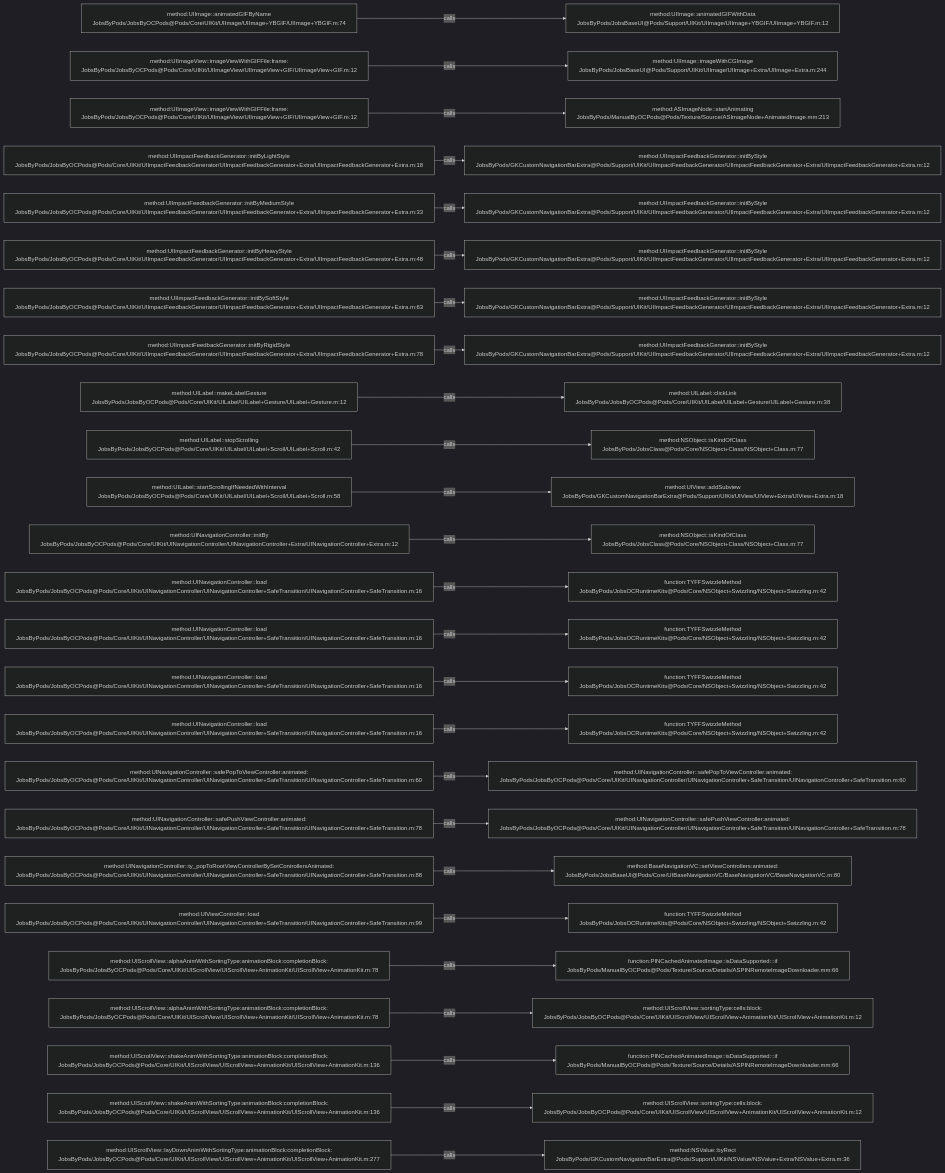
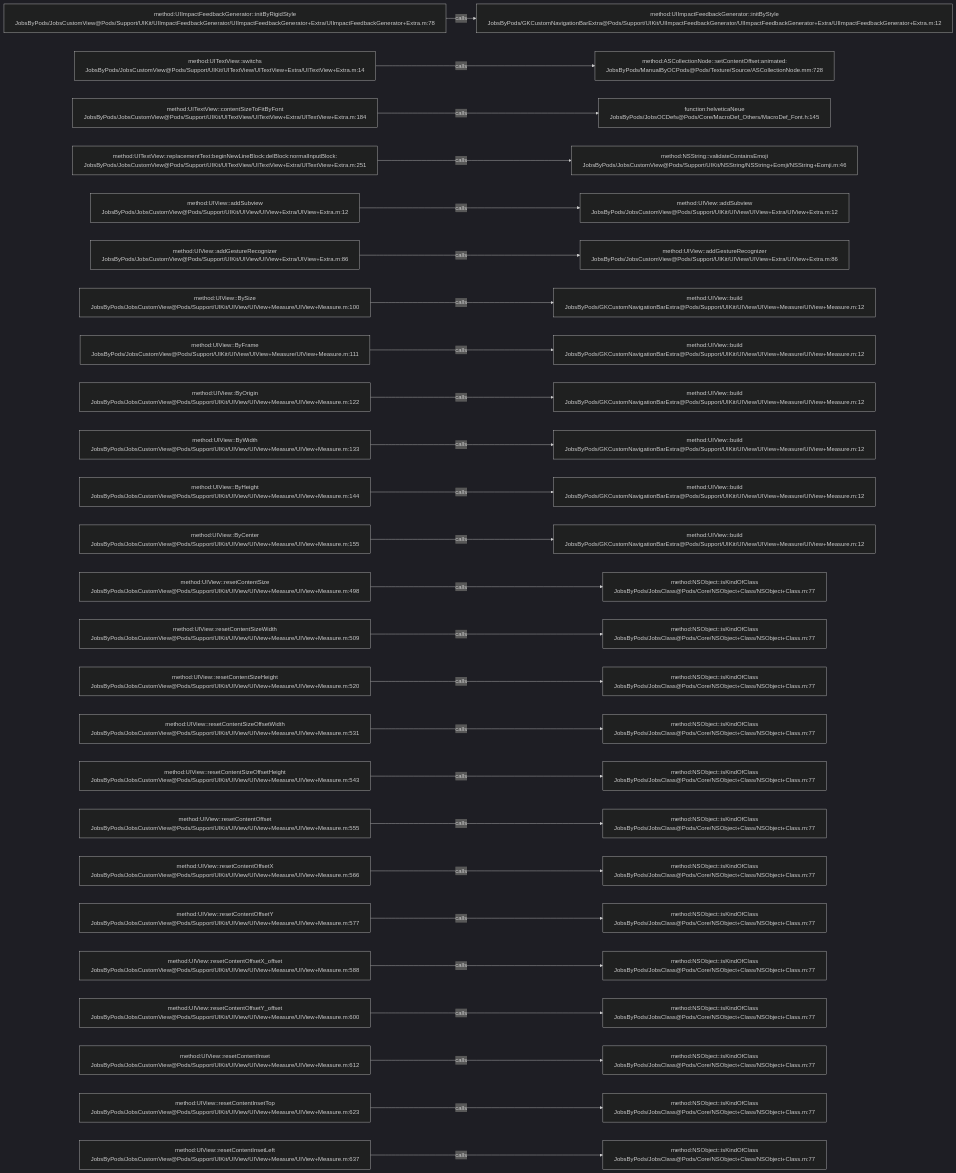
The diagram in .codegraph/codegraph.md/graphs/calls-059.md (JobsKits/JobsOCBaseConfigDemo), drawn with Mermaid (dark theme) before and after one commit. The commit also changed 573 other files, not shown here.

````diff
--- a/.codegraph/codegraph.md/graphs/calls-059.md
+++ b/.codegraph/codegraph.md/graphs/calls-059.md
@@ -13,78 +13,78 @@
 ```mermaid
 flowchart LR
-  S1["method:UIImage::animatedGIFByName<br/>JobsByPods/JobsByOCPods@Pods/Core/UIKit/UIImage/UIImage+YBGIF/UIImage+YBGIF.m:74"]
-  T1["method:UIImage::animatedGIFWithData<br/>JobsByPods/JobsBaseUI@Pods/Support/UIKit/UIImage/UIImage+YBGIF/UIImage+YBGIF.m:12"]
+  S1["method:UIImpactFeedbackGenerator::initByRigidStyle<br/>JobsByPods/JobsCustomView@Pods/Support/UIKit/UIImpactFeedbackGenerator/UIImpactFeedbackGenerator+Extra/UIImpactFeedbackGenerator+Extra.m:78"]
+  T1["method:UIImpactFeedbackGenerator::initByStyle<br/>JobsByPods/GKCustomNavigationBarExtra@Pods/Support/UIKit/UIImpactFeedbackGenerator/UIImpactFeedbackGenerator+Extra/UIImpactFeedbackGenerator+Extra.m:12"]
   S1 -->|calls| T1
-  S2["method:UIImageView::imageViewWithGIFFile:frame:<br/>JobsByPods/JobsByOCPods@Pods/Core/UIKit/UIImageView/UIImageView+GIF/UIImageView+GIF.m:12"]
-  T2["method:UIImage::imageWithCGImage<br/>JobsByPods/JobsBaseUI@Pods/Support/UIKit/UIImage/UIImage+Extra/UIImage+Extra.m:244"]
+  S2["method:UITextView::switchs<br/>JobsByPods/JobsCustomView@Pods/Support/UIKit/UITextView/UITextView+Extra/UITextView+Extra.m:14"]
+  T2["method:ASCollectionNode::setContentOffset:animated:<br/>JobsByPods/ManualByOCPods@Pods/Texture/Source/ASCollectionNode.mm:728"]
   S2 -->|calls| T2
-  S3["method:UIImageView::imageViewWithGIFFile:frame:<br/>JobsByPods/JobsByOCPods@Pods/Core/UIKit/UIImageView/UIImageView+GIF/UIImageView+GIF.m:12"]
-  T3["method:ASImageNode::startAnimating<br/>JobsByPods/ManualByOCPods@Pods/Texture/Source/ASImageNode+AnimatedImage.mm:213"]
+  S3["method:UITextView::contentSizeToFitByFont<br/>JobsByPods/JobsCustomView@Pods/Support/UIKit/UITextView/UITextView+Extra/UITextView+Extra.m:184"]
+  T3["function:helveticaNeue<br/>JobsByPods/JobsOCDefs@Pods/Core/MacroDef_Others/MacroDef_Font.h:145"]
   S3 -->|calls| T3
-  S4["method:UIImpactFeedbackGenerator::initByLightStyle<br/>JobsByPods/JobsByOCPods@Pods/Core/UIKit/UIImpactFeedbackGenerator/UIImpactFeedbackGenerator+Extra/UIImpactFeedbackGenerator+Extra.m:18"]
-  T4["method:UIImpactFeedbackGenerator::initByStyle<br/>JobsByPods/GKCustomNavigationBarExtra@Pods/Support/UIKit/UIImpactFeedbackGenerator/UIImpactFeedbackGenerator+Extra/UIImpactFeedbackGenerator+Extra.m:12"]
+  S4["method:UITextView::replacementText:beginNewLineBlock:delBlock:normalInputBlock:<br/>JobsByPods/JobsCustomView@Pods/Support/UIKit/UITextView/UITextView+Extra/UITextView+Extra.m:251"]
+  T4["method:NSString::validateContainsEmoji<br/>JobsByPods/JobsCustomView@Pods/Support/UIKit/NSString/NSString+Eomji/NSString+Eomji.m:46"]
   S4 -->|calls| T4
-  S5["method:UIImpactFeedbackGenerator::initByMediumStyle<br/>JobsByPods/JobsByOCPods@Pods/Core/UIKit/UIImpactFeedbackGenerator/UIImpactFeedbackGenerator+Extra/UIImpactFeedbackGenerator+Extra.m:33"]
-  T5["method:UIImpactFeedbackGenerator::initByStyle<br/>JobsByPods/GKCustomNavigationBarExtra@Pods/Support/UIKit/UIImpactFeedbackGenerator/UIImpactFeedbackGenerator+Extra/UIImpactFeedbackGenerator+Extra.m:12"]
+  S5["method:UIView::addSubview<br/>JobsByPods/JobsCustomView@Pods/Support/UIKit/UIView/UIView+Extra/UIView+Extra.m:12"]
+  T5["method:UIView::addSubview<br/>JobsByPods/JobsCustomView@Pods/Support/UIKit/UIView/UIView+Extra/UIView+Extra.m:12"]
   S5 -->|calls| T5
-  S6["method:UIImpactFeedbackGenerator::initByHeavyStyle<br/>JobsByPods/JobsByOCPods@Pods/Core/UIKit/UIImpactFeedbackGenerator/UIImpactFeedbackGenerator+Extra/UIImpactFeedbackGenerator+Extra.m:48"]
-  T6["method:UIImpactFeedbackGenerator::initByStyle<br/>JobsByPods/GKCustomNavigationBarExtra@Pods/Support/UIKit/UIImpactFeedbackGenerator/UIImpactFeedbackGenerator+Extra/UIImpactFeedbackGenerator+Extra.m:12"]
+  S6["method:UIView::addGestureRecognizer<br/>JobsByPods/JobsCustomView@Pods/Support/UIKit/UIView/UIView+Extra/UIView+Extra.m:86"]
+  T6["method:UIView::addGestureRecognizer<br/>JobsByPods/JobsCustomView@Pods/Support/UIKit/UIView/UIView+Extra/UIView+Extra.m:86"]
   S6 -->|calls| T6
-  S7["method:UIImpactFeedbackGenerator::initBySoftStyle<br/>JobsByPods/JobsByOCPods@Pods/Core/UIKit/UIImpactFeedbackGenerator/UIImpactFeedbackGenerator+Extra/UIImpactFeedbackGenerator+Extra.m:63"]
-  T7["method:UIImpactFeedbackGenerator::initByStyle<br/>JobsByPods/GKCustomNavigationBarExtra@Pods/Support/UIKit/UIImpactFeedbackGenerator/UIImpactFeedbackGenerator+Extra/UIImpactFeedbackGenerator+Extra.m:12"]
+  S7["method:UIView::BySize<br/>JobsByPods/JobsCustomView@Pods/Support/UIKit/UIView/UIView+Measure/UIView+Measure.m:100"]
+  T7["method:UIView::build<br/>JobsByPods/GKCustomNavigationBarExtra@Pods/Support/UIKit/UIView/UIView+Measure/UIView+Measure.m:12"]
   S7 -->|calls| T7
-  S8["method:UIImpactFeedbackGenerator::initByRigidStyle<br/>JobsByPods/JobsByOCPods@Pods/Core/UIKit/UIImpactFeedbackGenerator/UIImpactFeedbackGenerator+Extra/UIImpactFeedbackGenerator+Extra.m:78"]
-  T8["method:UIImpactFeedbackGenerator::initByStyle<br/>JobsByPods/GKCustomNavigationBarExtra@Pods/Support/UIKit/UIImpactFeedbackGenerator/UIImpactFeedbackGenerator+Extra/UIImpactFeedbackGenerator+Extra.m:12"]
+  S8["method:UIView::ByFrame<br/>JobsByPods/JobsCustomView@Pods/Support/UIKit/UIView/UIView+Measure/UIView+Measure.m:111"]
+  T8["method:UIView::build<br/>JobsByPods/GKCustomNavigationBarExtra@Pods/Support/UIKit/UIView/UIView+Measure/UIView+Measure.m:12"]
   S8 -->|calls| T8
-  S9["method:UILabel::makeLabelGesture<br/>JobsByPods/JobsByOCPods@Pods/Core/UIKit/UILabel/UILabel+Gesture/UILabel+Gesture.m:12"]
-  T9["method:UILabel::clickLink<br/>JobsByPods/JobsByOCPods@Pods/Core/UIKit/UILabel/UILabel+Gesture/UILabel+Gesture.m:38"]
+  S9["method:UIView::ByOrigin<br/>JobsByPods/JobsCustomView@Pods/Support/UIKit/UIView/UIView+Measure/UIView+Measure.m:122"]
+  T9["method:UIView::build<br/>JobsByPods/GKCustomNavigationBarExtra@Pods/Support/UIKit/UIView/UIView+Measure/UIView+Measure.m:12"]
   S9 -->|calls| T9
-  S10["method:UILabel::stopScrolling<br/>JobsByPods/JobsByOCPods@Pods/Core/UIKit/UILabel/UILabel+Scroll/UILabel+Scroll.m:42"]
-  T10["method:NSObject::isKindOfClass<br/>JobsByPods/JobsClass@Pods/Core/NSObject+Class/NSObject+Class.m:77"]
+  S10["method:UIView::ByWidth<br/>JobsByPods/JobsCustomView@Pods/Support/UIKit/UIView/UIView+Measure/UIView+Measure.m:133"]
+  T10["method:UIView::build<br/>JobsByPods/GKCustomNavigationBarExtra@Pods/Support/UIKit/UIView/UIView+Measure/UIView+Measure.m:12"]
   S10 -->|calls| T10
-  S11["method:UILabel::startScrollingIfNeededWithInterval<br/>JobsByPods/JobsByOCPods@Pods/Core/UIKit/UILabel/UILabel+Scroll/UILabel+Scroll.m:58"]
-  T11["method:UIView::addSubview<br/>JobsByPods/GKCustomNavigationBarExtra@Pods/Support/UIKit/UIView/UIView+Extra/UIView+Extra.m:18"]
+  S11["method:UIView::ByHeight<br/>JobsByPods/JobsCustomView@Pods/Support/UIKit/UIView/UIView+Measure/UIView+Measure.m:144"]
+  T11["method:UIView::build<br/>JobsByPods/GKCustomNavigationBarExtra@Pods/Support/UIKit/UIView/UIView+Measure/UIView+Measure.m:12"]
   S11 -->|calls| T11
-  S12["method:UINavigationController::initBy<br/>JobsByPods/JobsByOCPods@Pods/Core/UIKit/UINavigationController/UINavigationController+Extra/UINavigationController+Extra.m:12"]
-  T12["method:NSObject::isKindOfClass<br/>JobsByPods/JobsClass@Pods/Core/NSObject+Class/NSObject+Class.m:77"]
+  S12["method:UIView::ByCenter<br/>JobsByPods/JobsCustomView@Pods/Support/UIKit/UIView/UIView+Measure/UIView+Measure.m:155"]
+  T12["method:UIView::build<br/>JobsByPods/GKCustomNavigationBarExtra@Pods/Support/UIKit/UIView/UIView+Measure/UIView+Measure.m:12"]
   S12 -->|calls| T12
-  S13["method:UINavigationController::load<br/>JobsByPods/JobsByOCPods@Pods/Core/UIKit/UINavigationController/UINavigationController+SafeTransition/UINavigationController+SafeTransition.m:16"]
-  T13["function:TYFFSwizzleMethod<br/>JobsByPods/JobsOCRuntimeKits@Pods/Core/NSObject+Swizzling/NSObject+Swizzling.m:42"]
+  S13["method:UIView::resetContentSize<br/>JobsByPods/JobsCustomView@Pods/Support/UIKit/UIView/UIView+Measure/UIView+Measure.m:498"]
+  T13["method:NSObject::isKindOfClass<br/>JobsByPods/JobsClass@Pods/Core/NSObject+Class/NSObject+Class.m:77"]
   S13 -->|calls| T13
-  S14["method:UINavigationController::load<br/>JobsByPods/JobsByOCPods@Pods/Core/UIKit/UINavigationController/UINavigationController+SafeTransition/UINavigationController+SafeTransition.m:16"]
-  T14["function:TYFFSwizzleMethod<br/>JobsByPods/JobsOCRuntimeKits@Pods/Core/NSObject+Swizzling/NSObject+Swizzling.m:42"]
+  S14["method:UIView::resetContentSizeWidth<br/>JobsByPods/JobsCustomView@Pods/Support/UIKit/UIView/UIView+Measure/UIView+Measure.m:509"]
+  T14["method:NSObject::isKindOfClass<br/>JobsByPods/JobsClass@Pods/Core/NSObject+Class/NSObject+Class.m:77"]
   S14 -->|calls| T14
-  S15["method:UINavigationController::load<br/>JobsByPods/JobsByOCPods@Pods/Core/UIKit/UINavigationController/UINavigationController+SafeTransition/UINavigationController+SafeTransition.m:16"]
-  T15["function:TYFFSwizzleMethod<br/>JobsByPods/JobsOCRuntimeKits@Pods/Core/NSObject+Swizzling/NSObject+Swizzling.m:42"]
+  S15["method:UIView::resetContentSizeHeight<br/>JobsByPods/JobsCustomView@Pods/Support/UIKit/UIView/UIView+Measure/UIView+Measure.m:520"]
+  T15["method:NSObject::isKindOfClass<br/>JobsByPods/JobsClass@Pods/Core/NSObject+Class/NSObject+Class.m:77"]
   S15 -->|calls| T15
-  S16["method:UINavigationController::load<br/>JobsByPods/JobsByOCPods@Pods/Core/UIKit/UINavigationController/UINavigationController+SafeTransition/UINavigationController+SafeTransition.m:16"]
-  T16["function:TYFFSwizzleMethod<br/>JobsByPods/JobsOCRuntimeKits@Pods/Core/NSObject+Swizzling/NSObject+Swizzling.m:42"]
+  S16["method:UIView::resetContentSizeOffsetWidth<br/>JobsByPods/JobsCustomView@Pods/Support/UIKit/UIView/UIView+Measure/UIView+Measure.m:531"]
+  T16["method:NSObject::isKindOfClass<br/>JobsByPods/JobsClass@Pods/Core/NSObject+Class/NSObject+Class.m:77"]
   S16 -->|calls| T16
-  S17["method:UINavigationController::safePopToViewController:animated:<br/>JobsByPods/JobsByOCPods@Pods/Core/UIKit/UINavigationController/UINavigationController+SafeTransition/UINavigationController+SafeTransition.m:60"]
-  T17["method:UINavigationController::safePopToViewController:animated:<br/>JobsByPods/JobsByOCPods@Pods/Core/UIKit/UINavigationController/UINavigationController+SafeTransition/UINavigationController+SafeTransition.m:60"]
+  S17["method:UIView::resetContentSizeOffsetHeight<br/>JobsByPods/JobsCustomView@Pods/Support/UIKit/UIView/UIView+Measure/UIView+Measure.m:543"]
+  T17["method:NSObject::isKindOfClass<br/>JobsByPods/JobsClass@Pods/Core/NSObject+Class/NSObject+Class.m:77"]
   S17 -->|calls| T17
-  S18["method:UINavigationController::safePushViewController:animated:<br/>JobsByPods/JobsByOCPods@Pods/Core/UIKit/UINavigationController/UINavigationController+SafeTransition/UINavigationController+SafeTransition.m:78"]
-  T18["method:UINavigationController::safePushViewController:animated:<br/>JobsByPods/JobsByOCPods@Pods/Core/UIKit/UINavigationController/UINavigationController+SafeTransition/UINavigationController+SafeTransition.m:78"]
+  S18["method:UIView::resetContentOffset<br/>JobsByPods/JobsCustomView@Pods/Support/UIKit/UIView/UIView+Measure/UIView+Measure.m:555"]
+  T18["method:NSObject::isKindOfClass<br/>JobsByPods/JobsClass@Pods/Core/NSObject+Class/NSObject+Class.m:77"]
   S18 -->|calls| T18
-  S19["method:UINavigationController::ty_popToRootViewControllerBySetControllersAnimated:<br/>JobsByPods/JobsByOCPods@Pods/Core/UIKit/UINavigationController/UINavigationController+SafeTransition/UINavigationController+SafeTransition.m:88"]
-  T19["method:BaseNavigationVC::setViewControllers:animated:<br/>JobsByPods/JobsBaseUI@Pods/Core/UIBaseNavigationVC/BaseNavigationVC/BaseNavigationVC.m:80"]
+  S19["method:UIView::resetContentOffsetX<br/>JobsByPods/JobsCustomView@Pods/Support/UIKit/UIView/UIView+Measure/UIView+Measure.m:566"]
+  T19["method:NSObject::isKindOfClass<br/>JobsByPods/JobsClass@Pods/Core/NSObject+Class/NSObject+Class.m:77"]
   S19 -->|calls| T19
-  S20["method:UIViewController::load<br/>JobsByPods/JobsByOCPods@Pods/Core/UIKit/UINavigationController/UINavigationController+SafeTransition/UINavigationController+SafeTransition.m:99"]
-  T20["function:TYFFSwizzleMethod<br/>JobsByPods/JobsOCRuntimeKits@Pods/Core/NSObject+Swizzling/NSObject+Swizzling.m:42"]
+  S20["method:UIView::resetContentOffsetY<br/>JobsByPods/JobsCustomView@Pods/Support/UIKit/UIView/UIView+Measure/UIView+Measure.m:577"]
+  T20["method:NSObject::isKindOfClass<br/>JobsByPods/JobsClass@Pods/Core/NSObject+Class/NSObject+Class.m:77"]
   S20 -->|calls| T20
-  S21["method:UIScrollView::alphaAnimWithSortingType:animationBlock:completionBlock:<br/>JobsByPods/JobsByOCPods@Pods/Core/UIKit/UIScrollView/UIScrollView+AnimationKit/UIScrollView+AnimationKit.m:78"]
-  T21["function:PINCachedAnimatedImage::isDataSupported:::if<br/>JobsByPods/ManualByOCPods@Pods/Texture/Source/Details/ASPINRemoteImageDownloader.mm:66"]
+  S21["method:UIView::resetContentOffsetX_offset<br/>JobsByPods/JobsCustomView@Pods/Support/UIKit/UIView/UIView+Measure/UIView+Measure.m:588"]
+  T21["method:NSObject::isKindOfClass<br/>JobsByPods/JobsClass@Pods/Core/NSObject+Class/NSObject+Class.m:77"]
   S21 -->|calls| T21
-  S22["method:UIScrollView::alphaAnimWithSortingType:animationBlock:completionBlock:<br/>JobsByPods/JobsByOCPods@Pods/Core/UIKit/UIScrollView/UIScrollView+AnimationKit/UIScrollView+AnimationKit.m:78"]
-  T22["method:UIScrollView::sortingType:cells:block:<br/>JobsByPods/JobsByOCPods@Pods/Core/UIKit/UIScrollView/UIScrollView+AnimationKit/UIScrollView+AnimationKit.m:12"]
+  S22["method:UIView::resetContentOffsetY_offset<br/>JobsByPods/JobsCustomView@Pods/Support/UIKit/UIView/UIView+Measure/UIView+Measure.m:600"]
+  T22["method:NSObject::isKindOfClass<br/>JobsByPods/JobsClass@Pods/Core/NSObject+Class/NSObject+Class.m:77"]
   S22 -->|calls| T22
-  S23["method:UIScrollView::shakeAnimWithSortingType:animationBlock:completionBlock:<br/>JobsByPods/JobsByOCPods@Pods/Core/UIKit/UIScrollView/UIScrollView+AnimationKit/UIScrollView+AnimationKit.m:136"]
-  T23["function:PINCachedAnimatedImage::isDataSupported:::if<br/>JobsByPods/ManualByOCPods@Pods/Texture/Source/Details/ASPINRemoteImageDownloader.mm:66"]
+  S23["method:UIView::resetContentInset<br/>JobsByPods/JobsCustomView@Pods/Support/UIKit/UIView/UIView+Measure/UIView+Measure.m:612"]
+  T23["method:NSObject::isKindOfClass<br/>JobsByPods/JobsClass@Pods/Core/NSObject+Class/NSObject+Class.m:77"]
   S23 -->|calls| T23
-  S24["method:UIScrollView::shakeAnimWithSortingType:animationBlock:completionBlock:<br/>JobsByPods/JobsByOCPods@Pods/Core/UIKit/UIScrollView/UIScrollView+AnimationKit/UIScrollView+AnimationKit.m:136"]
-  T24["method:UIScrollView::sortingType:cells:block:<br/>JobsByPods/JobsByOCPods@Pods/Core/UIKit/UIScrollView/UIScrollView+AnimationKit/UIScrollView+AnimationKit.m:12"]
+  S24["method:UIView::resetContentInsetTop<br/>JobsByPods/JobsCustomView@Pods/Support/UIKit/UIView/UIView+Measure/UIView+Measure.m:623"]
+  T24["method:NSObject::isKindOfClass<br/>JobsByPods/JobsClass@Pods/Core/NSObject+Class/NSObject+Class.m:77"]
   S24 -->|calls| T24
-  S25["method:UIScrollView::layDownAnimWithSortingType:animationBlock:completionBlock:<br/>JobsByPods/JobsByOCPods@Pods/Core/UIKit/UIScrollView/UIScrollView+AnimationKit/UIScrollView+AnimationKit.m:277"]
-  T25["method:NSValue::byRect<br/>JobsByPods/GKCustomNavigationBarExtra@Pods/Support/UIKit/NSValue/NSValue+Extra/NSValue+Extra.m:36"]
+  S25["method:UIView::resetContentInsetLeft<br/>JobsByPods/JobsCustomView@Pods/Support/UIKit/UIView/UIView+Measure/UIView+Measure.m:637"]
+  T25["method:NSObject::isKindOfClass<br/>JobsByPods/JobsClass@Pods/Core/NSObject+Class/NSObject+Class.m:77"]
   S25 -->|calls| T25
 ```
````
